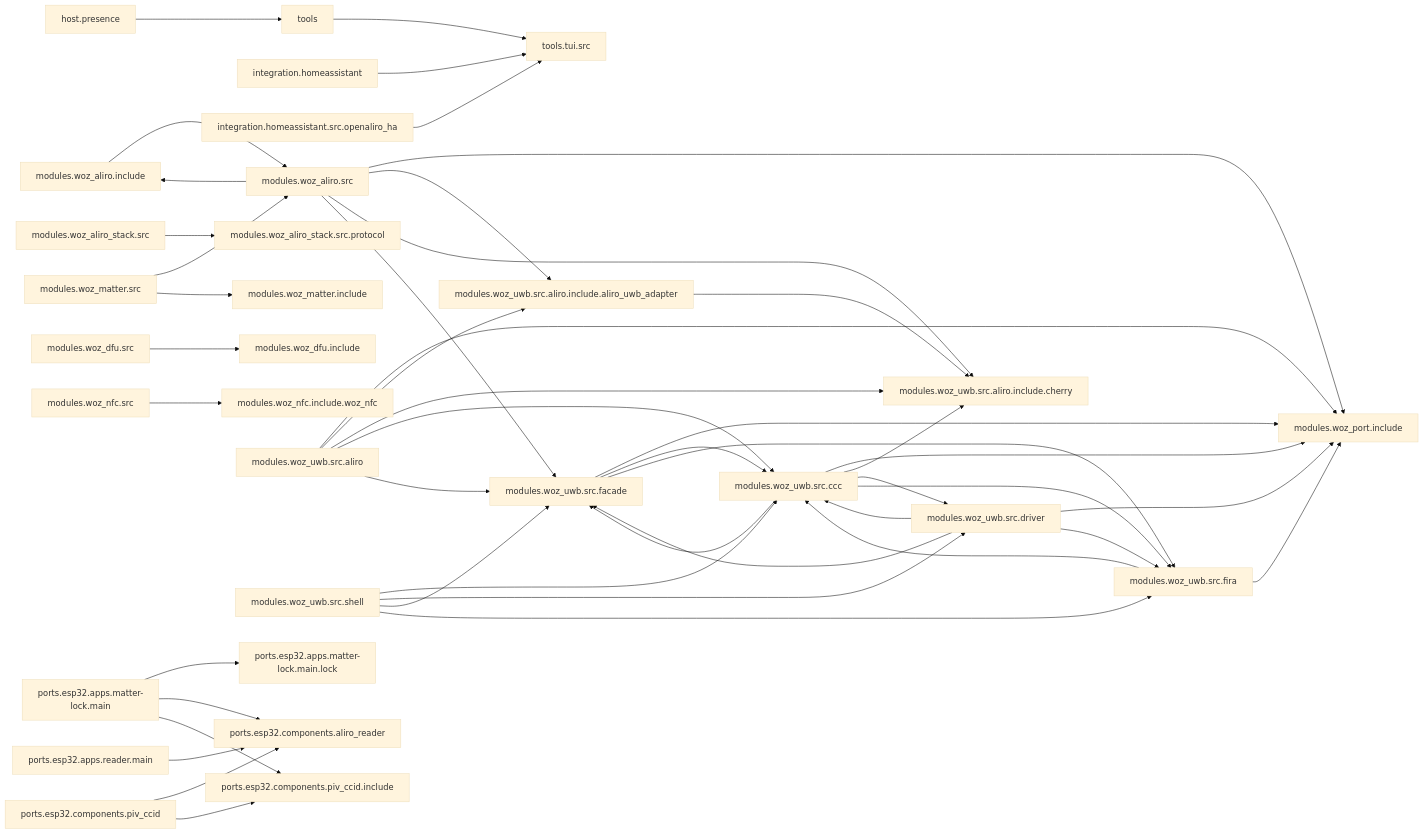
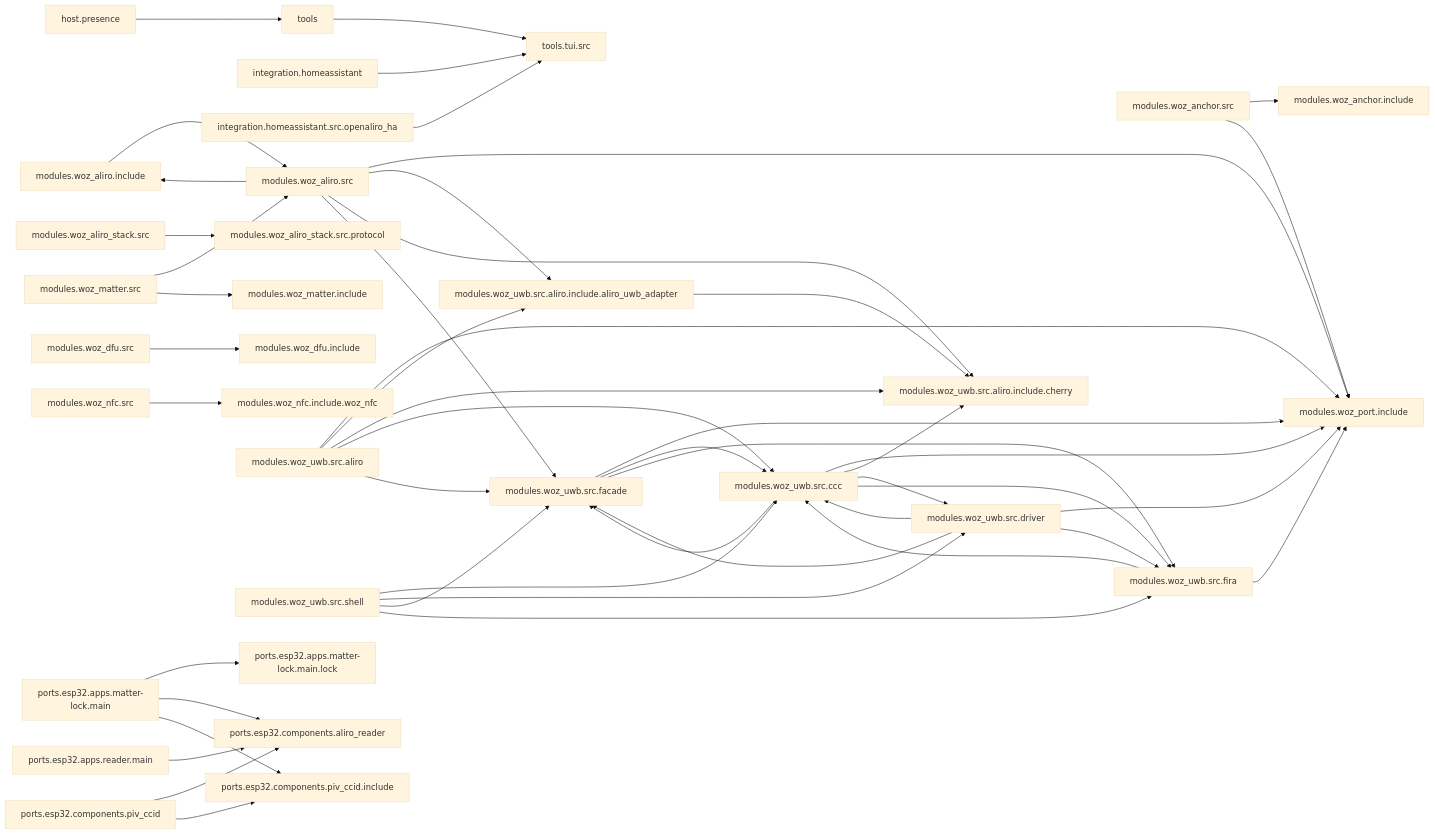
Before and after one commit to jonathan-shc/UWB: the diagram in docs/ARCHITECTURE.md, drawn with Mermaid (base theme). The commit also changed other lines of this file and 87 other files, not shown here.

````diff
--- a/docs/ARCHITECTURE.md
+++ b/docs/ARCHITECTURE.md
@@ -6,48 +6,50 @@
 ```mermaid
 flowchart LR
   host.presence --> tools
   integration.homeassistant --> tools.tui.src
   integration.homeassistant.src.openaliro_ha --> tools.tui.src
   modules.woz_aliro.include --> modules.woz_aliro.src
   modules.woz_aliro.src --> modules.woz_aliro.include
   modules.woz_aliro.src --> modules.woz_port.include
   modules.woz_aliro.src --> modules.woz_uwb.src.aliro.include.aliro_uwb_adapter
   modules.woz_aliro.src --> modules.woz_uwb.src.aliro.include.cherry
   modules.woz_aliro.src --> modules.woz_uwb.src.facade
   modules.woz_aliro_stack.src --> modules.woz_aliro_stack.src.protocol
+  modules.woz_anchor.src --> modules.woz_anchor.include
+  modules.woz_anchor.src --> modules.woz_port.include
   modules.woz_dfu.src --> modules.woz_dfu.include
   modules.woz_matter.src --> modules.woz_aliro.src
   modules.woz_matter.src --> modules.woz_matter.include
   modules.woz_nfc.src --> modules.woz_nfc.include.woz_nfc
   modules.woz_uwb.src.aliro --> modules.woz_port.include
   modules.woz_uwb.src.aliro --> modules.woz_uwb.src.aliro.include.aliro_uwb_adapter
   modules.woz_uwb.src.aliro --> modules.woz_uwb.src.aliro.include.cherry
   modules.woz_uwb.src.aliro --> modules.woz_uwb.src.ccc
   modules.woz_uwb.src.aliro --> modules.woz_uwb.src.facade
   modules.woz_uwb.src.aliro.include.aliro_uwb_adapter --> modules.woz_uwb.src.aliro.include.cherry
   modules.woz_uwb.src.ccc --> modules.woz_port.include
   modules.woz_uwb.src.ccc --> modules.woz_uwb.src.aliro.include.cherry
   modules.woz_uwb.src.ccc --> modules.woz_uwb.src.driver
   modules.woz_uwb.src.ccc --> modules.woz_uwb.src.facade
   modules.woz_uwb.src.ccc --> modules.woz_uwb.src.fira
   modules.woz_uwb.src.driver --> modules.woz_port.include
   modules.woz_uwb.src.driver --> modules.woz_uwb.src.ccc
   modules.woz_uwb.src.driver --> modules.woz_uwb.src.facade
   modules.woz_uwb.src.driver --> modules.woz_uwb.src.fira
   modules.woz_uwb.src.facade --> modules.woz_port.include
   modules.woz_uwb.src.facade --> modules.woz_uwb.src.ccc
   modules.woz_uwb.src.facade --> modules.woz_uwb.src.fira
   modules.woz_uwb.src.fira --> modules.woz_port.include
   modules.woz_uwb.src.fira --> modules.woz_uwb.src.ccc
   modules.woz_uwb.src.shell --> modules.woz_uwb.src.ccc
   modules.woz_uwb.src.shell --> modules.woz_uwb.src.driver
   modules.woz_uwb.src.shell --> modules.woz_uwb.src.facade
   modules.woz_uwb.src.shell --> modules.woz_uwb.src.fira
   ports.esp32.apps.matter-lock.main --> ports.esp32.apps.matter-lock.main.lock
   ports.esp32.apps.matter-lock.main --> ports.esp32.components.aliro_reader
   ports.esp32.apps.matter-lock.main --> ports.esp32.components.piv_ccid.include
   ports.esp32.apps.reader.main --> ports.esp32.components.aliro_reader
   ports.esp32.components.piv_ccid --> ports.esp32.components.aliro_reader
   ports.esp32.components.piv_ccid --> ports.esp32.components.piv_ccid.include
   tools --> tools.tui.src
 ```
````
